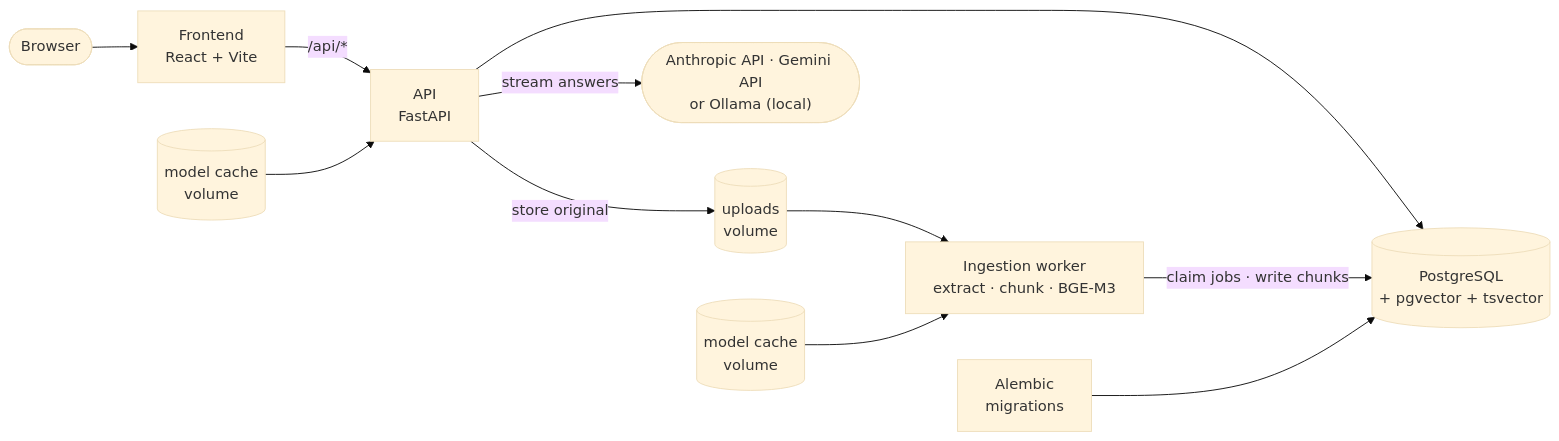
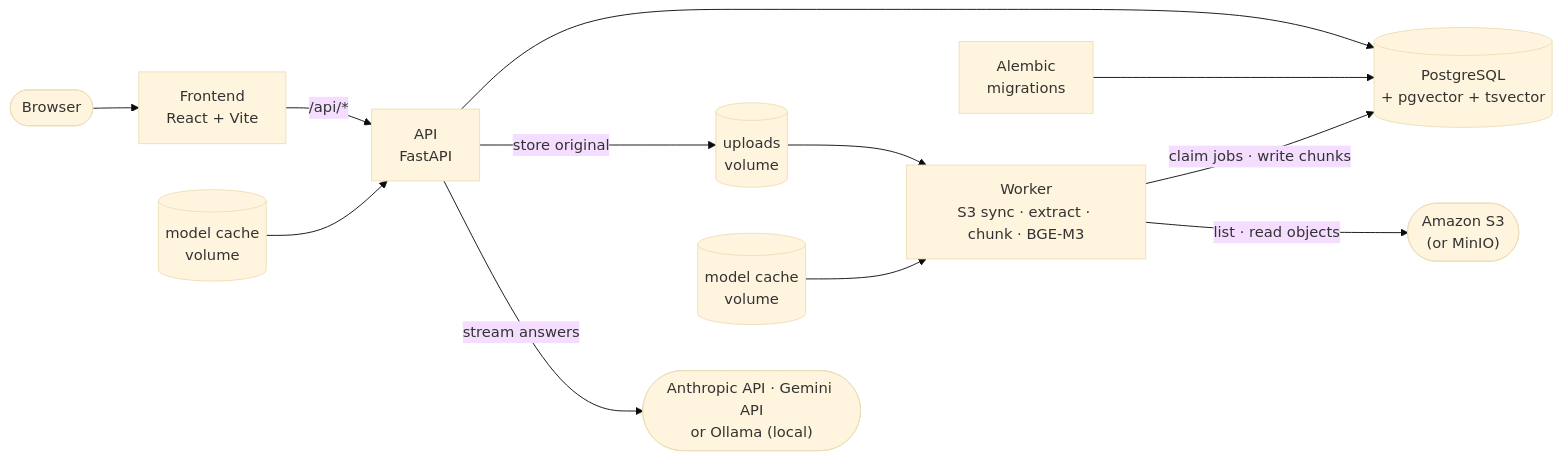
The diagram in README.md (Yash01Negi/docs-rag-platform), drawn with Mermaid (base theme) before and after one commit. The commit also changed other lines of this file and 8 other files, not shown here.

````diff
--- a/README.md
+++ b/README.md
@@ -87,13 +97,14 @@
 ```mermaid
 flowchart LR
     browser([Browser]) --> fe["Frontend<br/>React + Vite"]
     fe -- "/api/*" --> be["API<br/>FastAPI"]
     be --> db[("PostgreSQL<br/>+ pgvector + tsvector")]
     cache2[("model cache<br/>volume")] --> be
     be -- "store original" --> files[("uploads<br/>volume")]
     be -- "stream answers" --> llm(["Anthropic API · Gemini API<br/>or Ollama (local)"])
-    worker["Ingestion worker<br/>extract · chunk · BGE-M3"] -- "claim jobs · write chunks" --> db
+    worker["Worker<br/>S3 sync · extract · chunk · BGE-M3"] -- "claim jobs · write chunks" --> db
+    worker -- "list · read objects" --> s3(["Amazon S3<br/>(or MinIO)"])
     files --> worker
     cache[("model cache<br/>volume")] --> worker
     mig["Alembic<br/>migrations"] --> db
 ```
````
